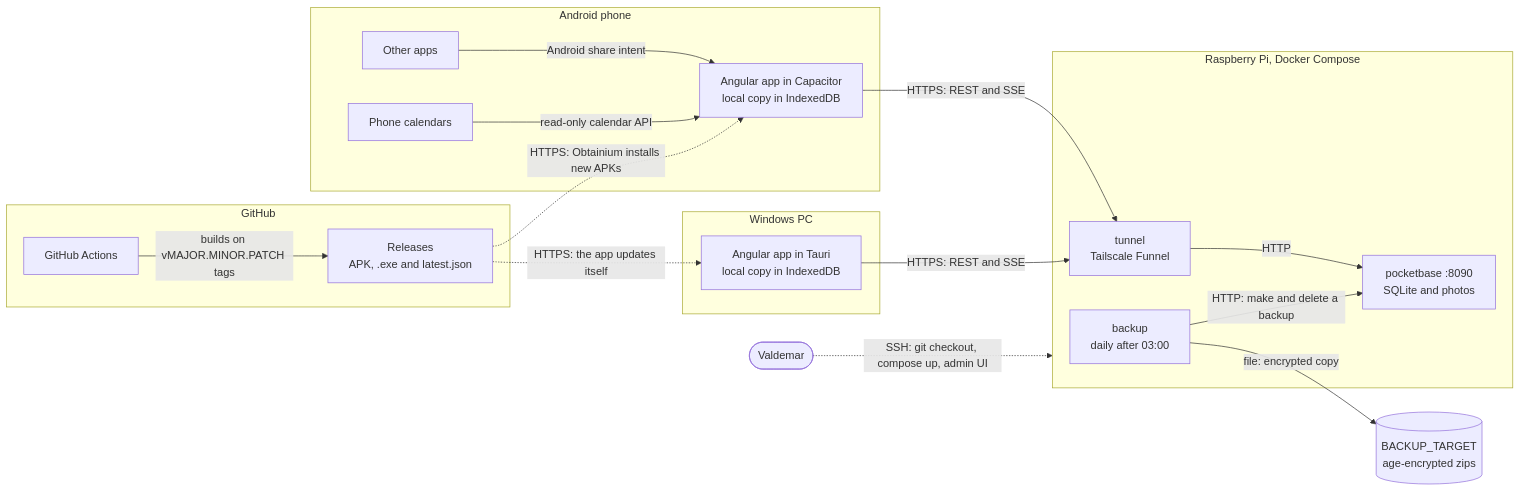
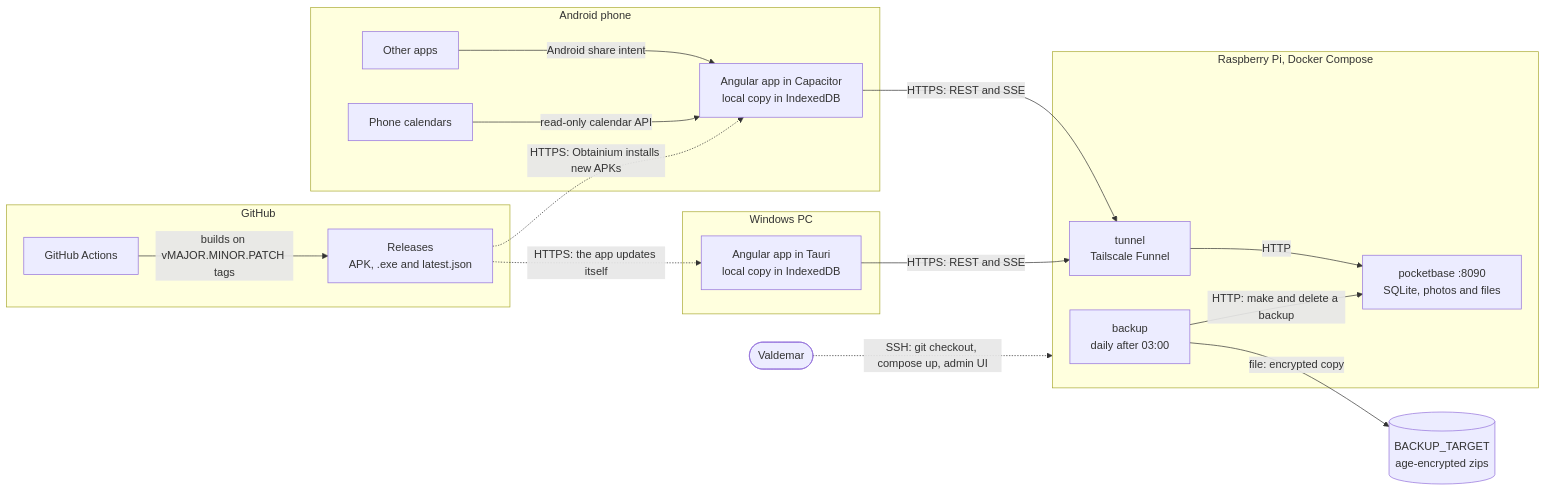
One commit to valde222/life_app changed the diagram in docs/diagrams/01-system-overview.md. Above: the diagram before and after it, drawn with Mermaid. The commit also changed 6 other files, not shown here.

````diff
--- a/docs/diagrams/01-system-overview.md
+++ b/docs/diagrams/01-system-overview.md
@@ -5,34 +5,34 @@
 ```mermaid
 flowchart LR
   subgraph phone["Android phone"]
     apk["Angular app in Capacitor<br/>local copy in IndexedDB"]
     phonecal["Phone calendars"]
     others["Other apps"]
   end
   subgraph pc["Windows PC"]
     exe["Angular app in Tauri<br/>local copy in IndexedDB"]
   end
   subgraph pi["Raspberry Pi, Docker Compose"]
     tunnel["tunnel<br/>Tailscale Funnel"]
-    pb["pocketbase :8090<br/>SQLite and photos"]
+    pb["pocketbase :8090<br/>SQLite, photos and files"]
     backup["backup<br/>daily after 03:00"]
   end
   target[("BACKUP_TARGET<br/>age-encrypted zips")]
   subgraph github["GitHub"]
     actions["GitHub Actions"]
     release["Releases<br/>APK, .exe and latest.json"]
   end
   you(["Valdemar"])
 
   others -- "Android share intent" --> apk
   phonecal -- "read-only calendar API" --> apk
   apk -- "HTTPS: REST and SSE" --> tunnel
   exe -- "HTTPS: REST and SSE" --> tunnel
   tunnel -- "HTTP" --> pb
   backup -- "HTTP: make and delete a backup" --> pb
   backup -- "file: encrypted copy" --> target
   actions -- "builds on vMAJOR.MINOR.PATCH tags" --> release
   release -. "HTTPS: Obtainium installs new APKs" .-> apk
   release -. "HTTPS: the app updates itself" .-> exe
   you -. "SSH: git checkout, compose up, admin UI" .-> pi
 ```
````
